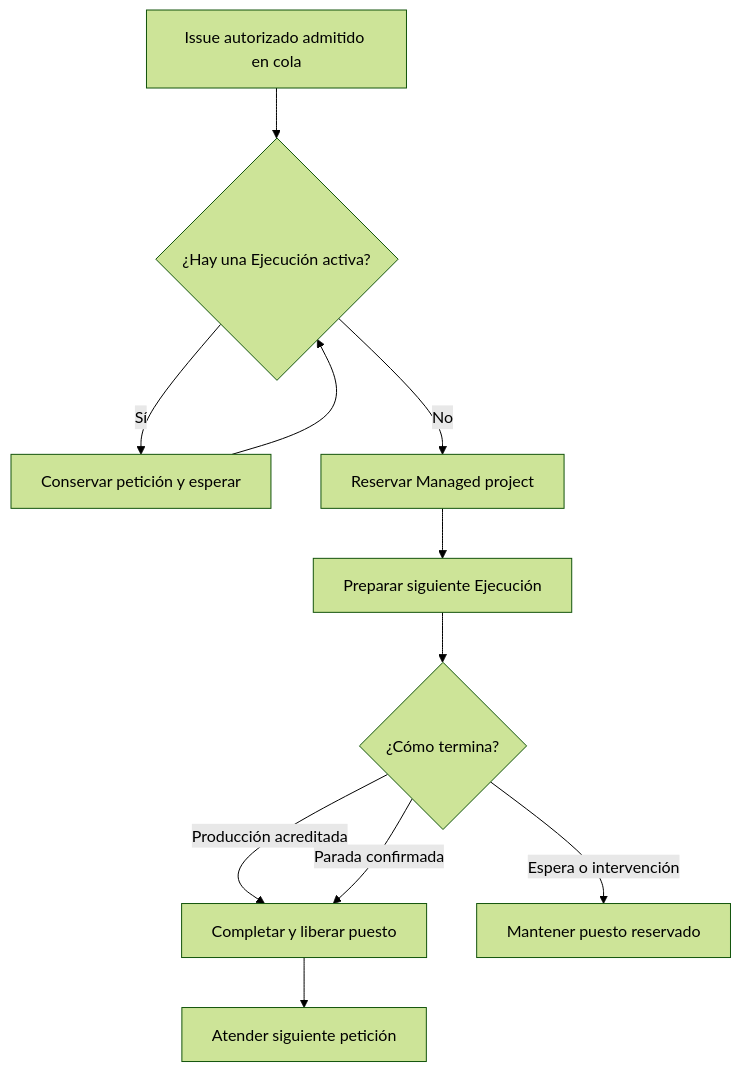
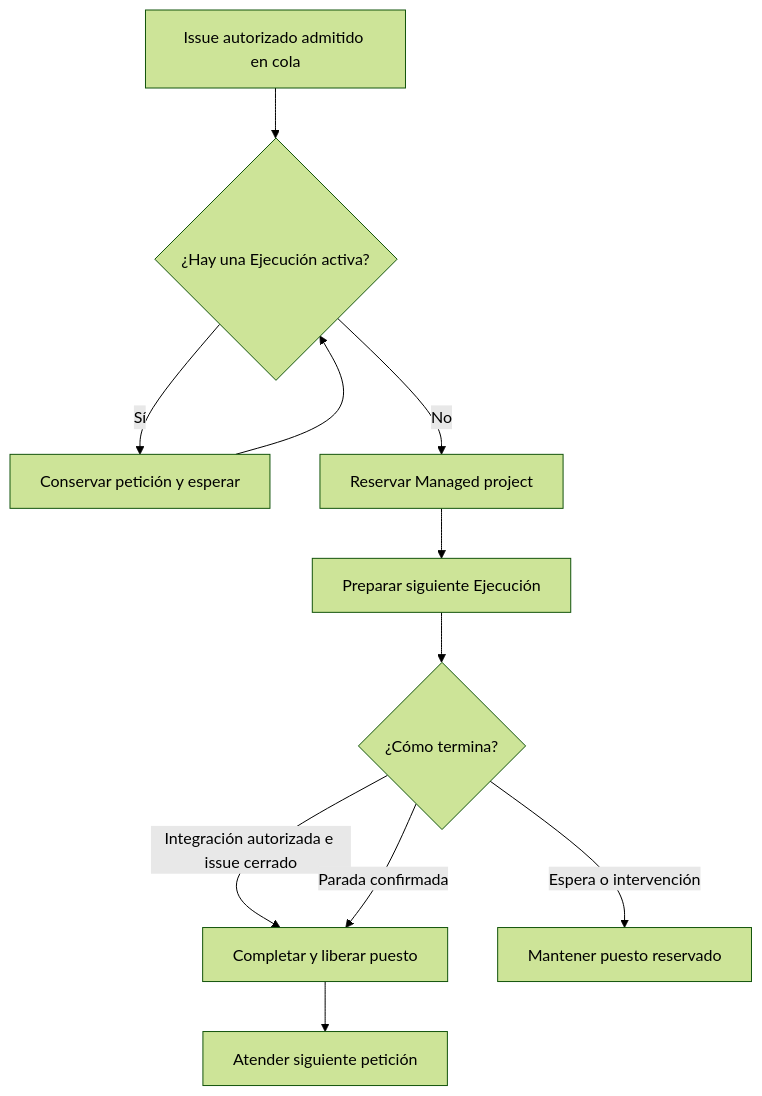
The second of 3 diagrams in docs/manual/02-issue-y-trabajo.md (rubenbp/app-foundry), drawn with Mermaid (forest theme) before and after one commit. The commit also changed other lines of this file and 12 other files, not shown here.

Commit message:
docs: simplify issue authoring and MVP completion flow

````diff
--- a/docs/manual/02-issue-y-trabajo.md
+++ b/docs/manual/02-issue-y-trabajo.md
@@ -48,13 +48,13 @@
 ```mermaid
 flowchart TD
     Q["Issue autorizado admitido en cola"] --> A{"¿Hay una Ejecución activa?"}
     A -->|"Sí"| W["Conservar petición y esperar"]
     W --> A
     A -->|"No"| R["Reservar Managed project"]
     R --> B["Preparar siguiente Ejecución"]
     B --> T{"¿Cómo termina?"}
-    T -->|"Producción acreditada"| F["Completar y liberar puesto"]
+    T -->|"Integración autorizada e issue cerrado"| F["Completar y liberar puesto"]
     T -->|"Parada confirmada"| F
     T -->|"Espera o intervención"| K["Mantener puesto reservado"]
     F --> S["Atender siguiente petición"]
 ```
````
